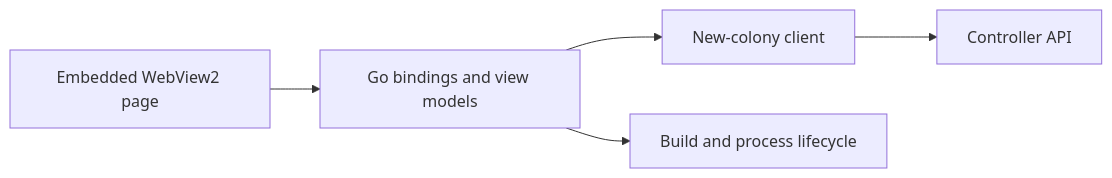
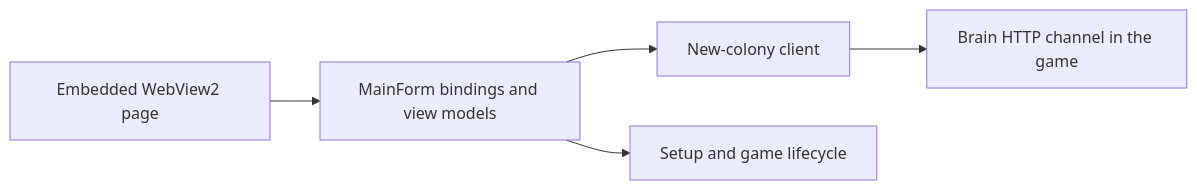
One commit to davidarcher/rimgovernor changed the diagram in docs/developers/architecture/launcher.md. Above: the diagram before and after it, drawn with Mermaid. The commit also changed other lines of this file and 17 other files, not shown here.

````diff
--- a/docs/developers/architecture/launcher.md
+++ b/docs/developers/architecture/launcher.md
@@ -11,7 +21,7 @@
 ```mermaid
 flowchart LR
-    UI[Embedded WebView2 page] --> Bind[Go bindings and view models]
+    UI[Embedded WebView2 page] --> Bind[MainForm bindings and view models]
     Bind --> Colony[New-colony client]
-    Colony --> API[Controller API]
-    Bind --> Process[Build and process lifecycle]
+    Colony --> API[Brain HTTP channel in the game]
+    Bind --> Process[Setup and game lifecycle]
 ```
````
